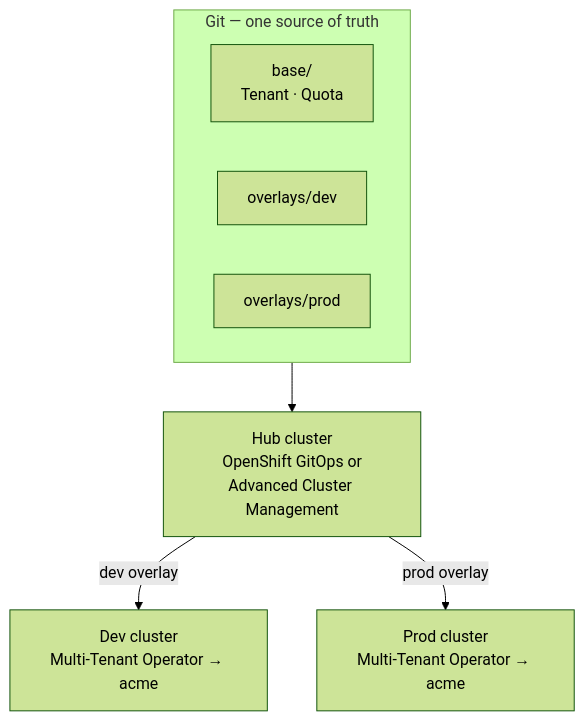
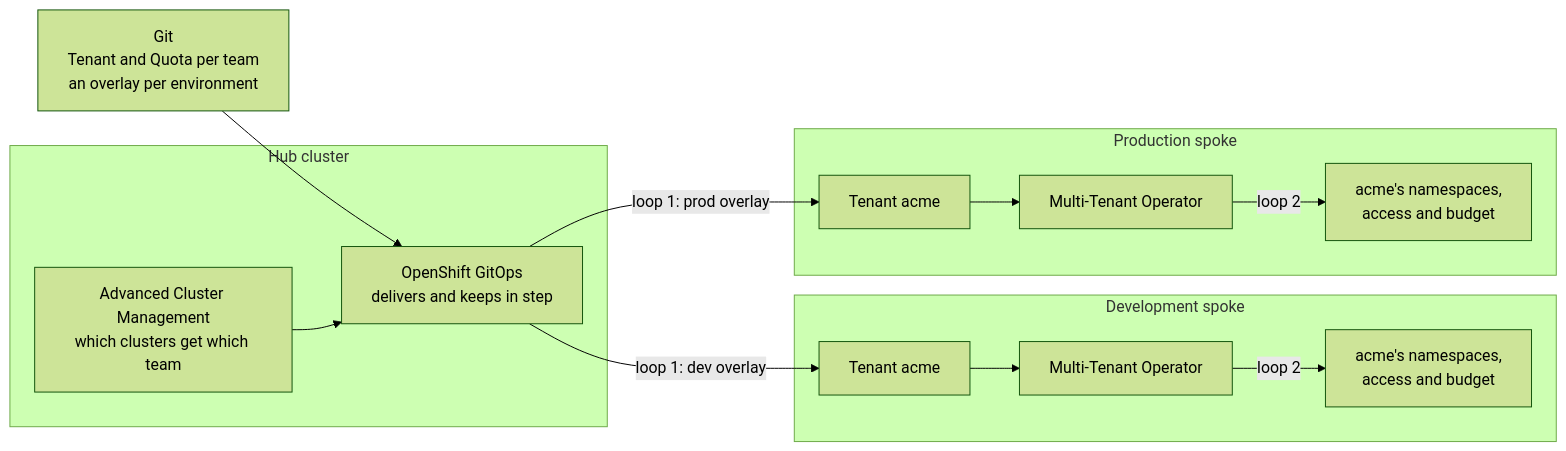
Before and after one commit to stakater/mto-blogs: the diagram in 07-tenants-across-clusters/post.md, drawn with Mermaid (forest theme). The commit also changed other lines of this file and 3 other files, not shown here.

````diff
--- a/07-tenants-across-clusters/post.md
+++ b/07-tenants-across-clusters/post.md
@@ -180,12 +187,30 @@
 ```mermaid
-flowchart TB
-    subgraph Git["Git — one source of truth"]
-        Base["base/<br/>Tenant · Quota"]
-        Odev["overlays/dev"]
-        Oprod["overlays/prod"]
+flowchart LR
+    Git["Git<br/>Tenant and Quota per team<br/>an overlay per environment"]
+
+    subgraph Hub["Hub cluster"]
+        ACM["Advanced Cluster Management<br/>which clusters get which team"]
+        GitOps["OpenShift GitOps<br/>delivers and keeps in step"]
     end
-    Hub["Hub cluster<br/>OpenShift GitOps or<br/>Advanced Cluster Management"]
-    Git --> Hub
-    Hub -->|dev overlay| Dev["Dev cluster<br/>Multi-Tenant Operator → acme"]
-    Hub -->|prod overlay| Prod["Prod cluster<br/>Multi-Tenant Operator → acme"]
+
+    subgraph Dev["Development spoke"]
+        TenantDev["Tenant acme"]
+        OpDev["Multi-Tenant Operator"]
+        TeamDev["acme's namespaces,<br/>access and budget"]
+    end
+
+    subgraph Prod["Production spoke"]
+        TenantProd["Tenant acme"]
+        OpProd["Multi-Tenant Operator"]
+        TeamProd["acme's namespaces,<br/>access and budget"]
+    end
+
+    Git --> GitOps
+    ACM --> GitOps
+    GitOps -->|"loop 1: dev overlay"| TenantDev
+    GitOps -->|"loop 1: prod overlay"| TenantProd
+    TenantDev --> OpDev
+    OpDev -->|"loop 2"| TeamDev
+    TenantProd --> OpProd
+    OpProd -->|"loop 2"| TeamProd
 ```
````
